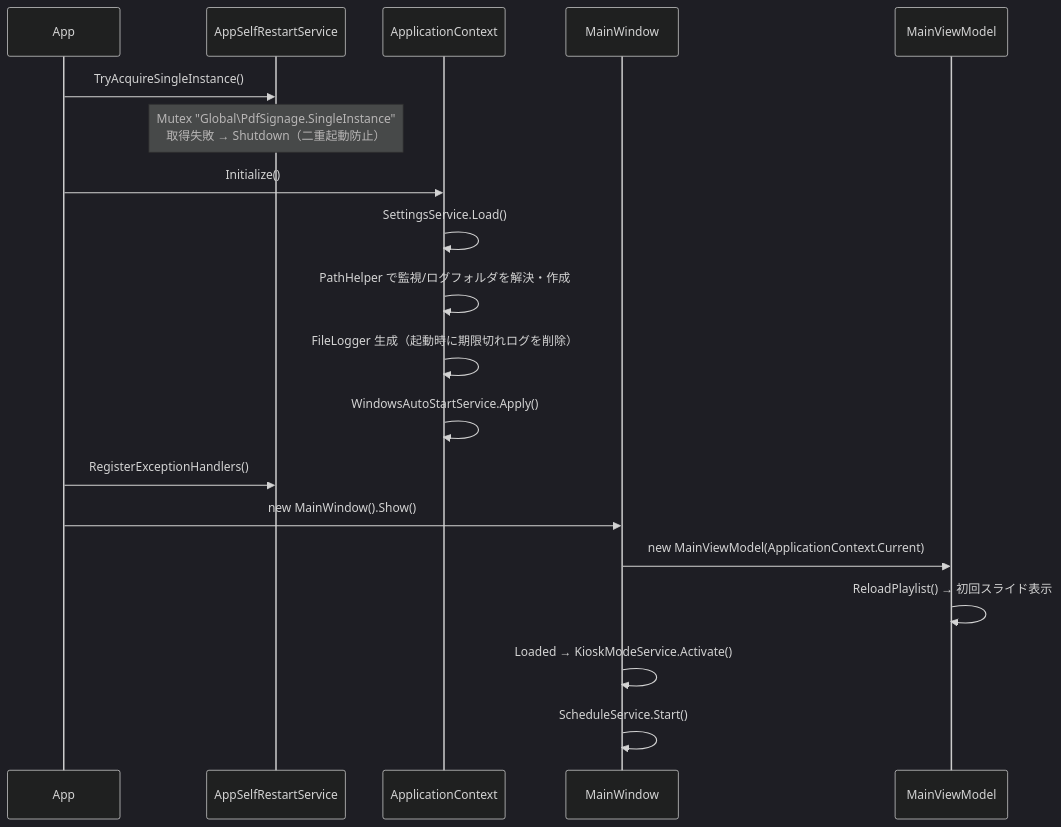
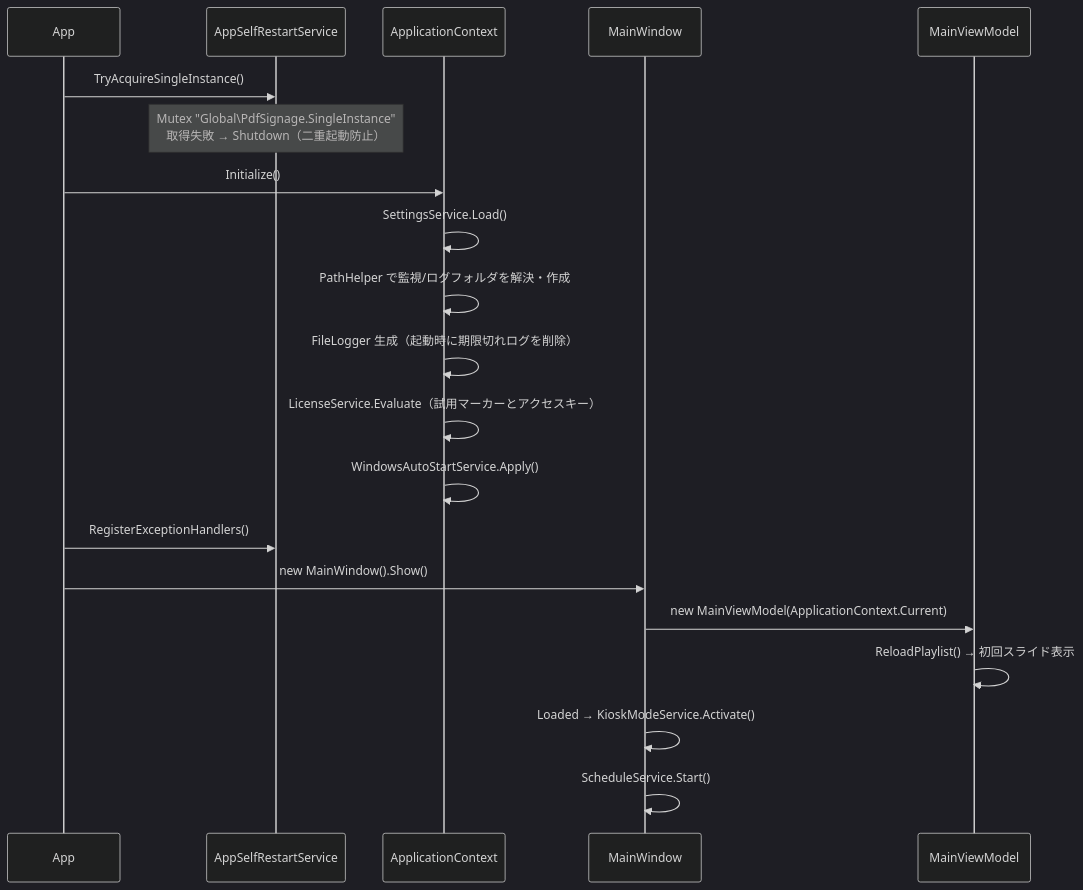
Before and after one commit to kamanori3/SimpleDigitalSignage: the second of 4 diagrams in docs/設計書.md, drawn with Mermaid (dark theme). The commit also changed other lines of this file and 9 other files, not shown here.

````diff
--- a/docs/設計書.md
+++ b/docs/設計書.md
@@ -83,22 +91,23 @@
 ```mermaid
 sequenceDiagram
   participant App
   participant ASR as AppSelfRestartService
   participant AC as ApplicationContext
   participant MW as MainWindow
   participant MVM as MainViewModel
 
   App->>ASR: TryAcquireSingleInstance()
   Note over ASR: Mutex "Global\PdfSignage.SingleInstance"<br/>取得失敗 → Shutdown（二重起動防止）
   App->>AC: Initialize()
   AC->>AC: SettingsService.Load()
   AC->>AC: PathHelper で監視/ログフォルダを解決・作成
   AC->>AC: FileLogger 生成（起動時に期限切れログを削除）
+  AC->>AC: LicenseService.Evaluate（試用マーカーとアクセスキー）
   AC->>AC: WindowsAutoStartService.Apply()
   App->>ASR: RegisterExceptionHandlers()
   App->>MW: new MainWindow().Show()
   MW->>MVM: new MainViewModel(ApplicationContext.Current)
   MVM->>MVM: ReloadPlaylist() → 初回スライド表示
   MW->>MW: Loaded → KioskModeService.Activate()
   MW->>MW: ScheduleService.Start()
 ```
````
